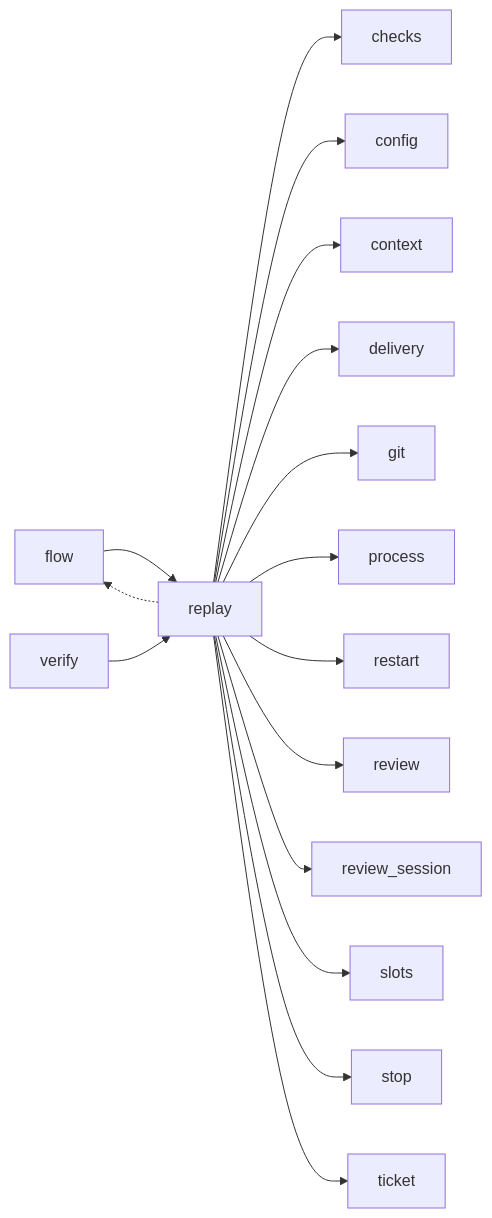
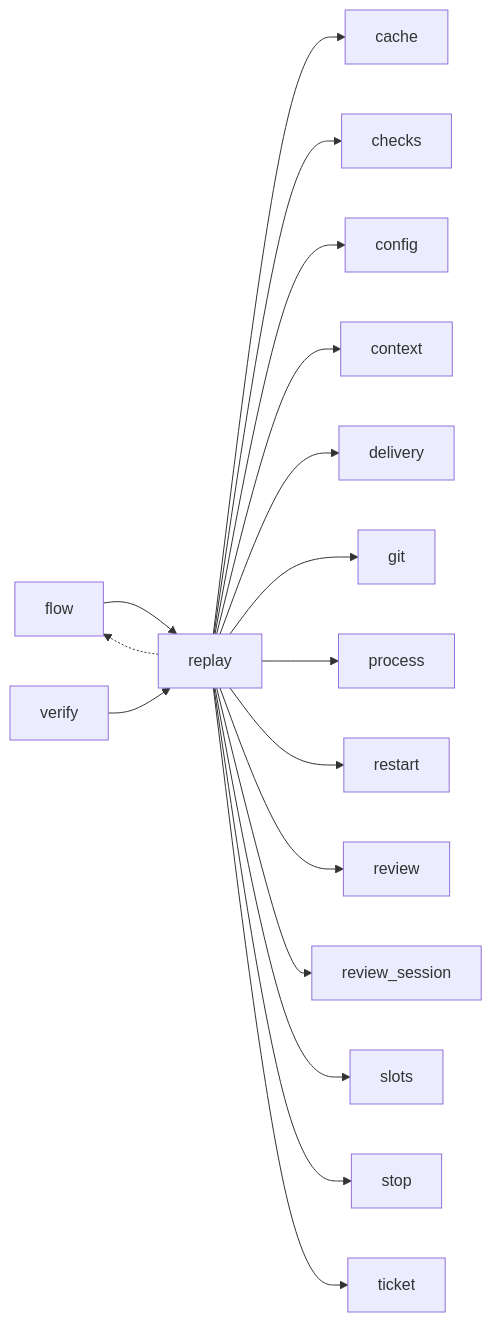
One commit to plaplanche/ariane changed the third of 3 diagrams in docs/architecture/modules/replay.md. Above: the diagram before and after it, drawn with Mermaid. The commit also changed other lines of this file and 23 other files, not shown here.

Commit message:
#209: Dependency cache for the replay: folders stored by lock-file content, copied instead of reinstalled (C9)

````diff
--- a/docs/architecture/modules/replay.md
+++ b/docs/architecture/modules/replay.md
@@ -73,18 +80,19 @@
 ```mermaid
 flowchart LR
   flow --> replay
+  replay --> cache
   replay --> checks
   replay --> config
   replay --> context
   replay --> delivery
   replay -.-> flow
   replay --> git
   replay --> process
   replay --> restart
   replay --> review
   replay --> review_session
   replay --> slots
   replay --> stop
   replay --> ticket
   verify --> replay
 ```
````
